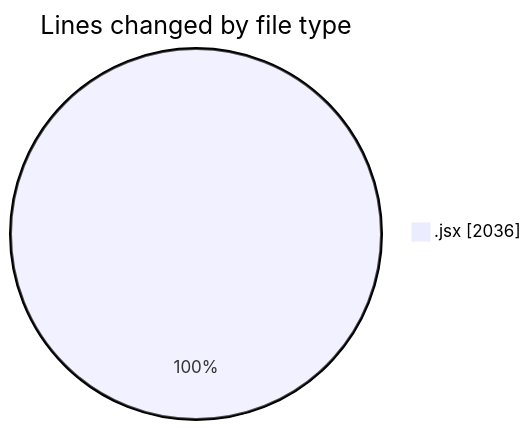
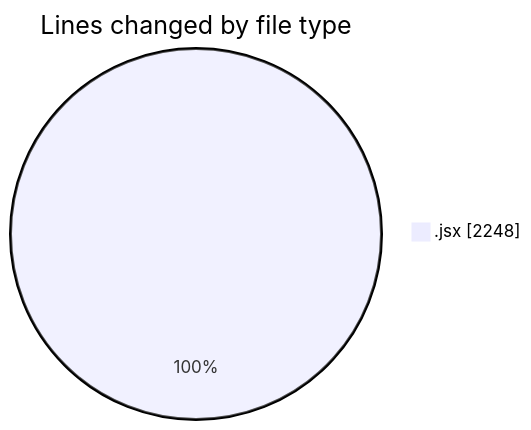
One commit to nxtqubesakshisongat/code-tracking changed the first of 2 diagrams in 2025-05-05/nxtqube_webapp/README.md. Above: the diagram before and after it, drawn with Mermaid. The commit also changed other lines of this file and 1 other file, not shown here.

````diff
--- a/2025-05-05/nxtqube_webapp/README.md
+++ b/2025-05-05/nxtqube_webapp/README.md
@@ -20,5 +20,5 @@
 ```mermaid
 pie showData
 title Lines changed by file type
-".jsx" : 2036
+".jsx" : 2248
 ```
````
